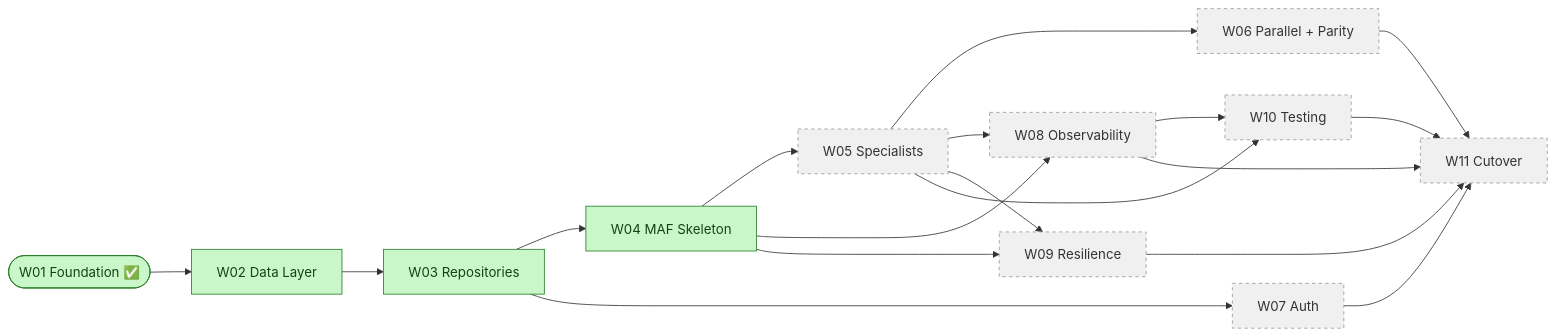
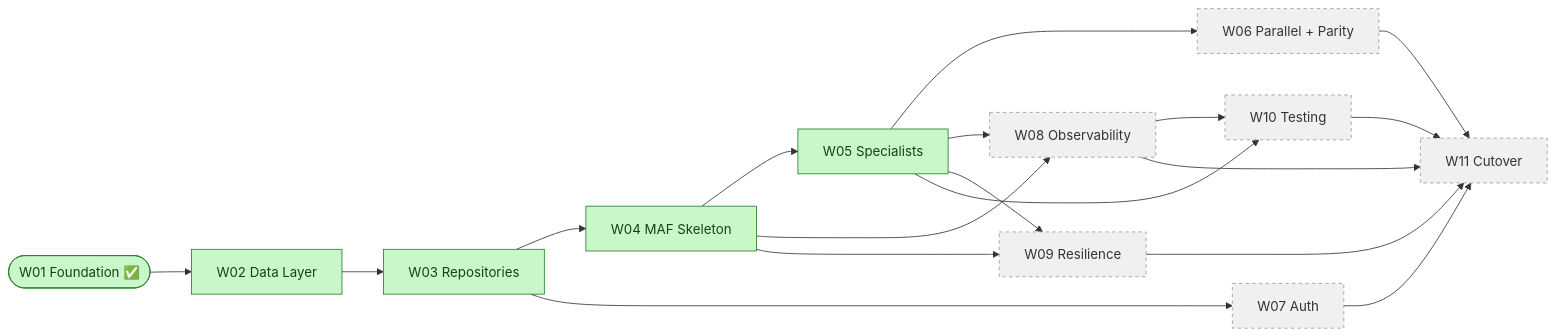
The diagram in docs/workstreams/workstream-log.md (nandyap/EPG-MAF), drawn with Mermaid before and after one commit. The commit also changed other lines of this file and 24 other files, not shown here.

````diff
--- a/docs/workstreams/workstream-log.md
+++ b/docs/workstreams/workstream-log.md
@@ -57,24 +57,25 @@
 ```mermaid
 flowchart LR
     W01([W01 Foundation ✅]) --> W02[W02 Data Layer]
     W02 --> W03[W03 Repositories]
     W03 --> W04[W04 MAF Skeleton]
     W04 --> W05[W05 Specialists]
     W05 --> W06[W06 Parallel + Parity]
     W03 --> W07[W07 Auth]
     W04 --> W08[W08 Observability]
     W05 --> W08
     W04 --> W09[W09 Resilience]
     W05 --> W09
     W05 --> W10[W10 Testing]
     W08 --> W10
     W06 & W07 & W08 & W09 & W10 --> W11[W11 Cutover]
 
     classDef done fill:#c9f7c9,stroke:#2a7f2a,color:#154315
     classDef pending fill:#f0f0f0,stroke:#999,stroke-dasharray:4 4
     class W01 done
     class W02 done
     class W03 done
     class W04 done
-    class W05,W06,W07,W08,W09,W10,W11 pending
+    class W05 done
+    class W06,W07,W08,W09,W10,W11 pending
 ```
````
